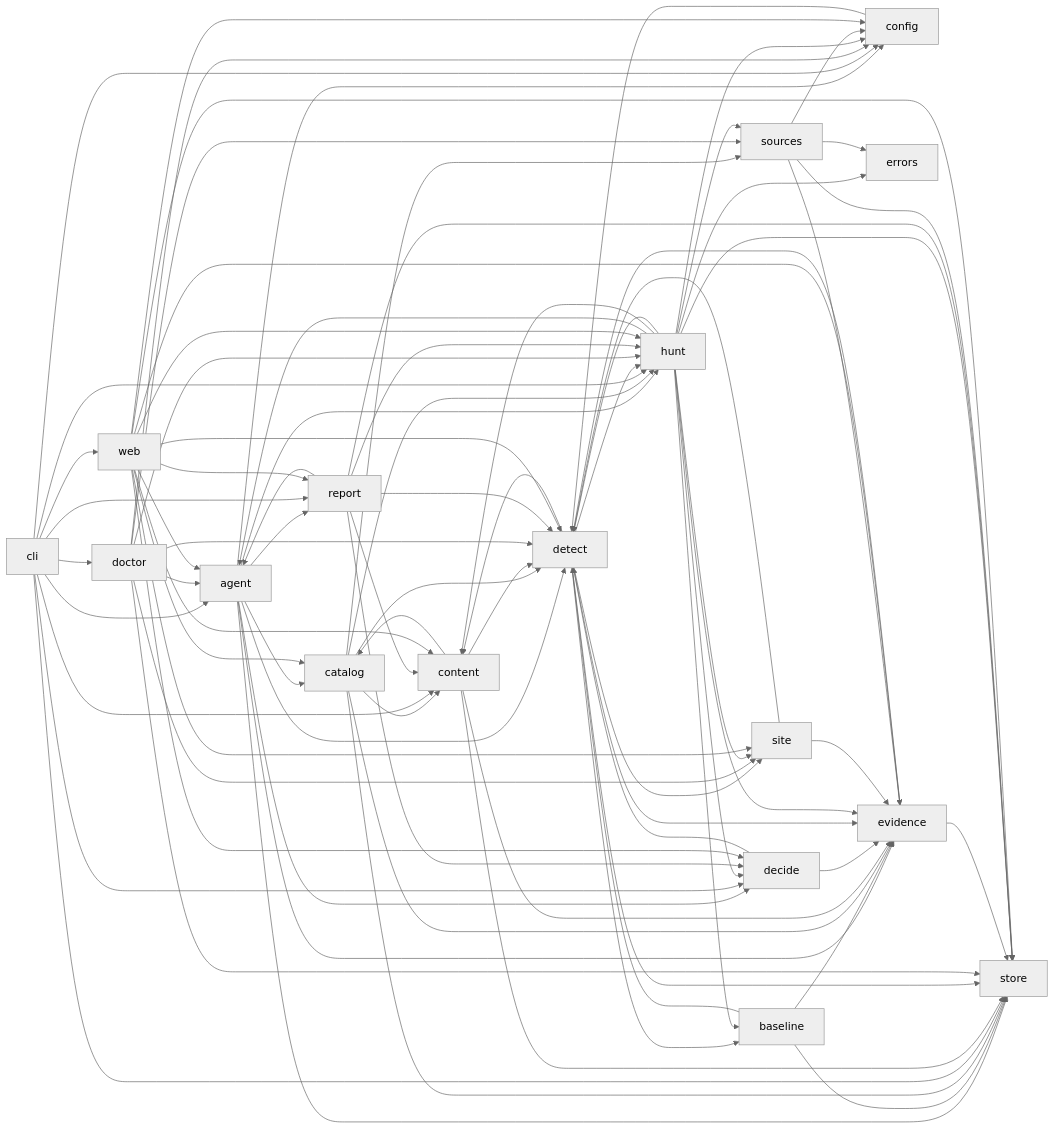
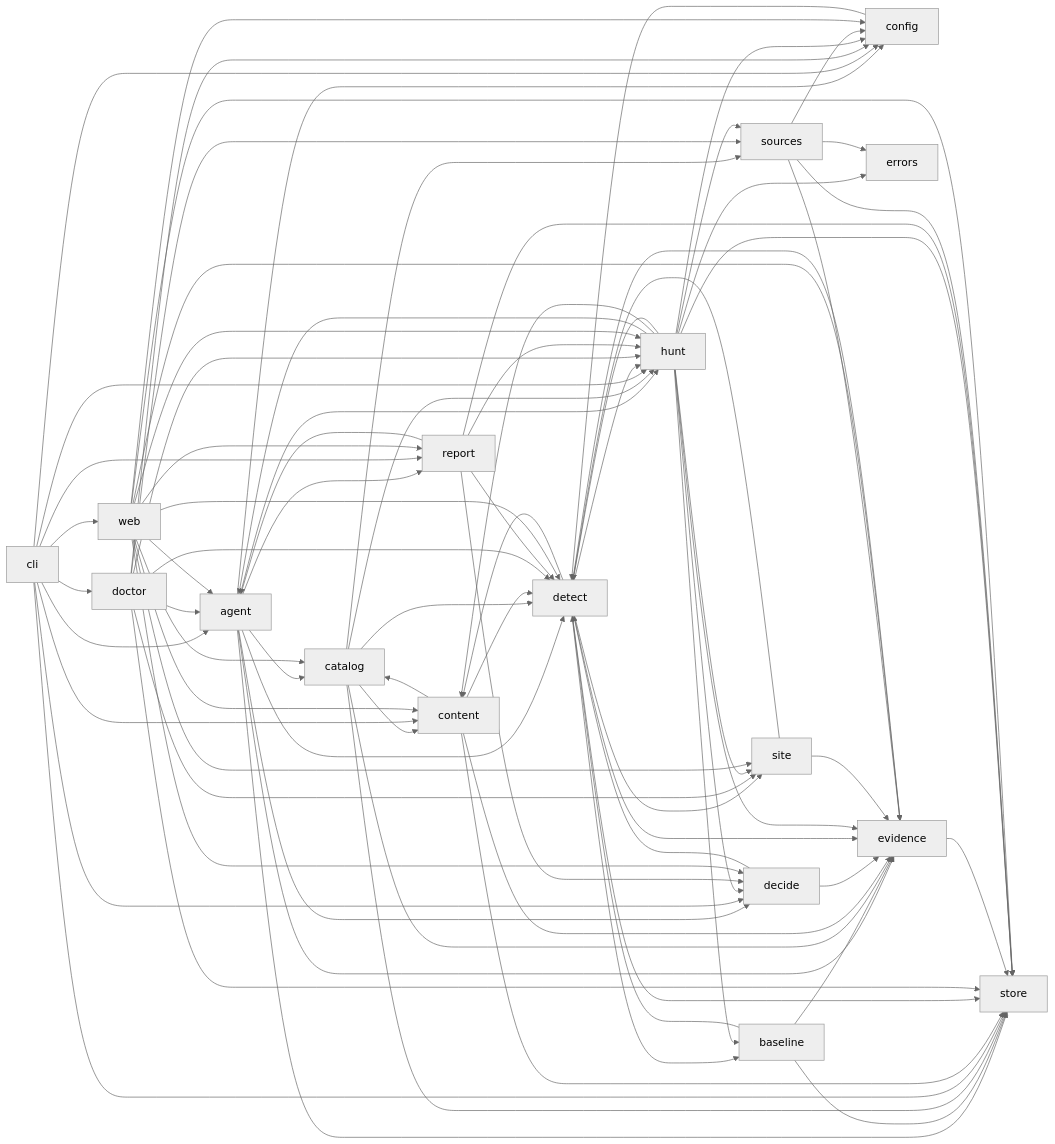
Before and after one commit to nickthabib-cloud/ROMULUS: the diagram in docs/architecture/MODULE_MAP.md, drawn with Mermaid (neutral theme). The commit also changed other lines of this file and 23 other files, not shown here.

```diff
--- a/docs/architecture/MODULE_MAP.md
+++ b/docs/architecture/MODULE_MAP.md
@@ -314,7 +318,6 @@
   hunt --> sources
   hunt --> store
   report --> agent
-  report --> content
   report --> decide
   report --> detect
   report --> hunt
```
